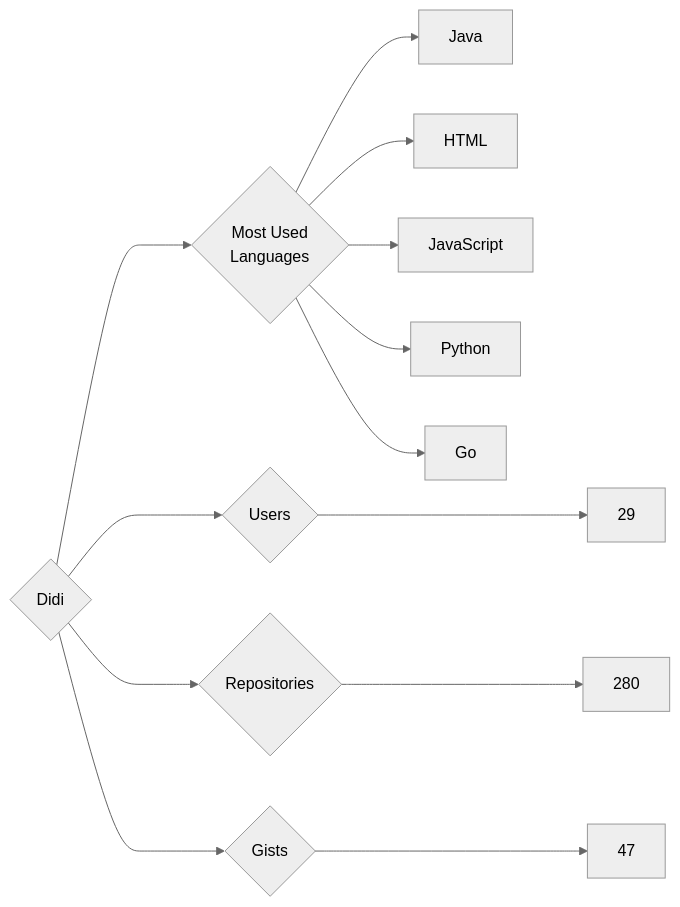
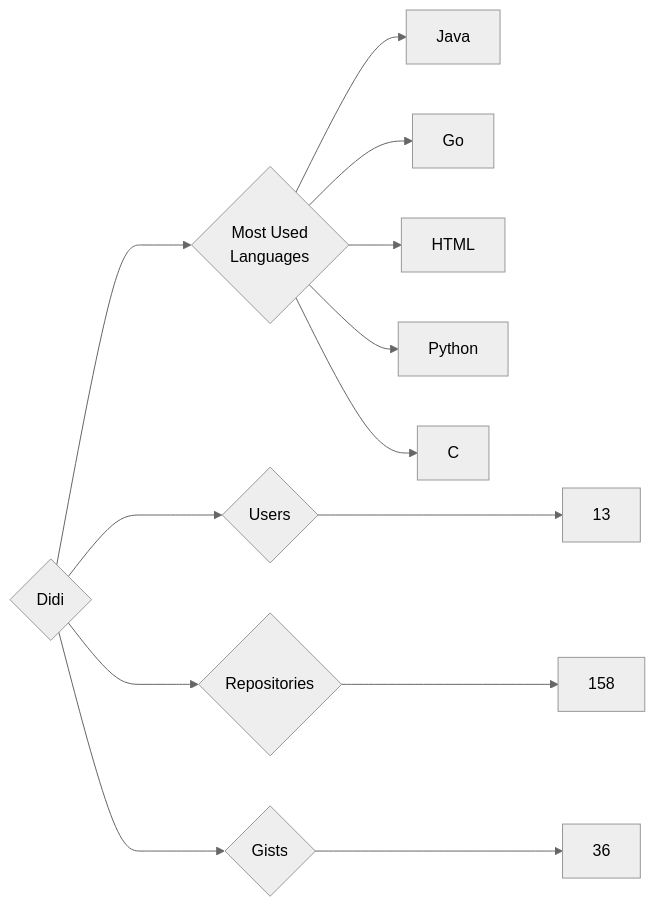
The diagram in targets/Didi/README.md (trickest/insiders), drawn with Mermaid (neutral theme) before and after one commit. The commit also changed 775 other files, not shown here.

````diff
--- a/targets/Didi/README.md
+++ b/targets/Didi/README.md
@@ -3,13 +3,13 @@
 ```mermaid
 graph LR
 COMPANY_NAME{Didi}
-COMPANY_NAME ---> U{Users} ---> UN[29]
-COMPANY_NAME ---> R{Repositories} ---> RN[280]
-COMPANY_NAME ---> G{Gists} ---> GN[47]
+COMPANY_NAME ---> U{Users} ---> UN[13]
+COMPANY_NAME ---> R{Repositories} ---> RN[158]
+COMPANY_NAME ---> G{Gists} ---> GN[36]
 COMPANY_NAME ---> ML{Most Used<br>Languages}
 ML --> Java[Java]
+ML --> Go[Go]
 ML --> HTML[HTML]
-ML --> JavaScript[JavaScript]
 ML --> Python[Python]
-ML --> Go[Go]
+ML --> C[C]
 ```
````
